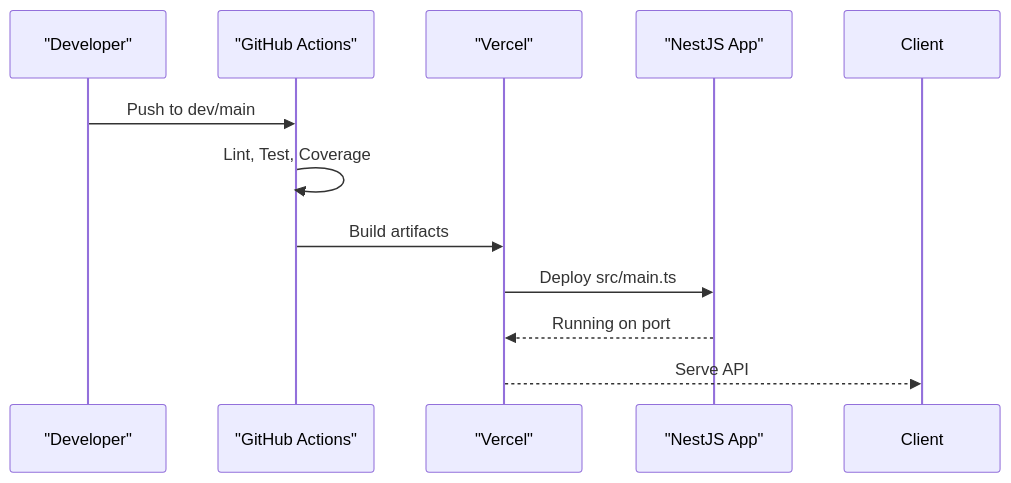
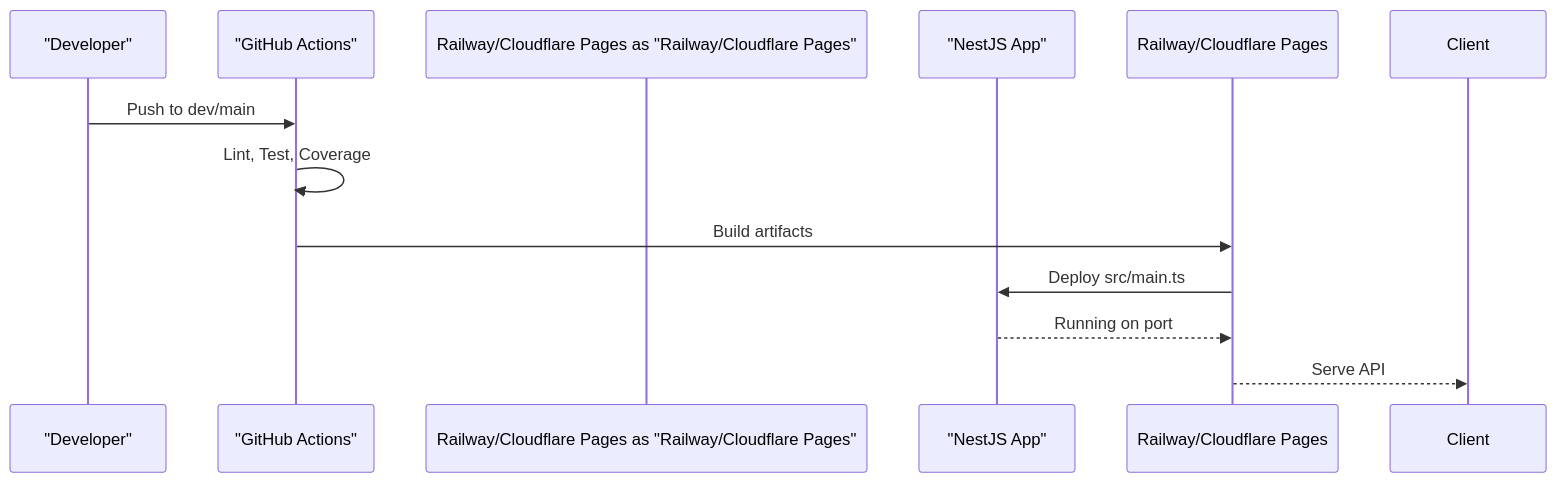
The fourth of 8 diagrams in repowiki/en/content/Deployment & DevOps/Deployment & DevOps.md (ARUNTHOMAS3/trans), drawn with Mermaid before and after one commit. The commit also changed other lines of this file and 1490 other files, not shown here.

````diff
--- a/repowiki/en/content/Deployment & DevOps/Deployment & DevOps.md
+++ b/repowiki/en/content/Deployment & DevOps/Deployment & DevOps.md
@@ -182,13 +182,13 @@
 ```mermaid
 sequenceDiagram
 participant Dev as "Developer"
 participant CI as "GitHub Actions"
-participant Vercel as "Vercel"
+participant Railway/Cloudflare Pages as "Railway/Cloudflare Pages"
 participant BE as "NestJS App"
 Dev->>CI : Push to dev/main
 CI->>CI : Lint, Test, Coverage
-CI->>Vercel : Build artifacts
-Vercel->>BE : Deploy src/main.ts
-BE-->>Vercel : Running on port
-Vercel-->>Client : Serve API
+CI->>Railway/Cloudflare Pages : Build artifacts
+Railway/Cloudflare Pages->>BE : Deploy src/main.ts
+BE-->>Railway/Cloudflare Pages : Running on port
+Railway/Cloudflare Pages-->>Client : Serve API
 ```
````
